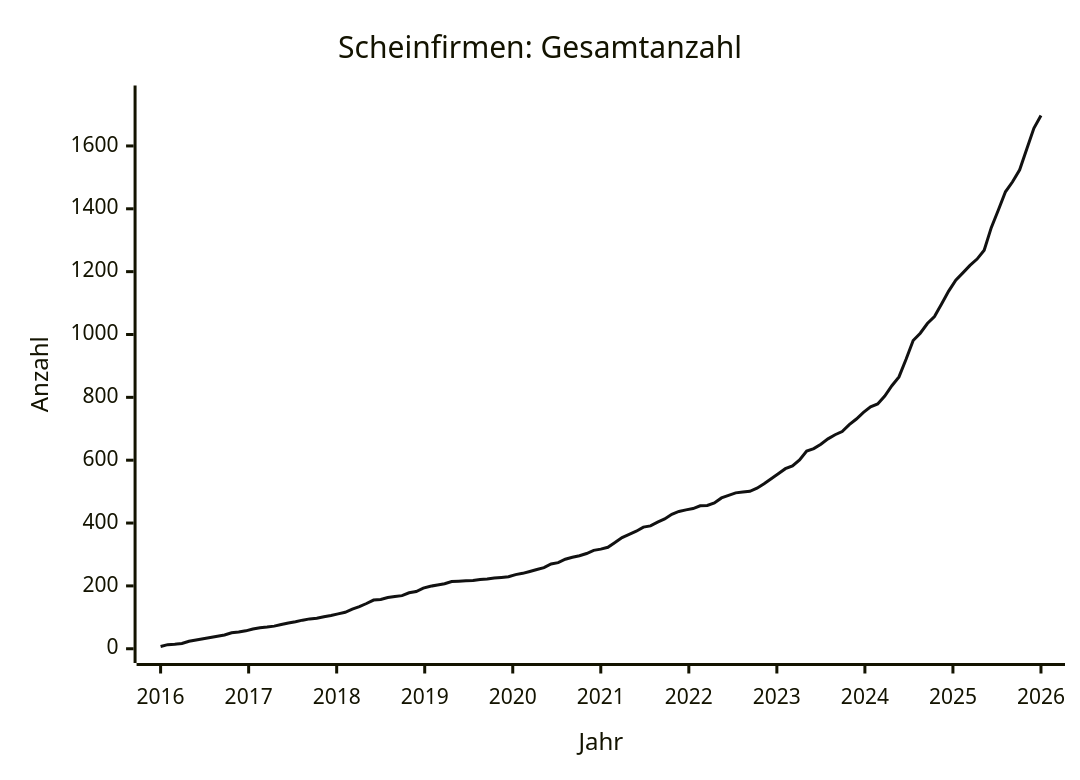
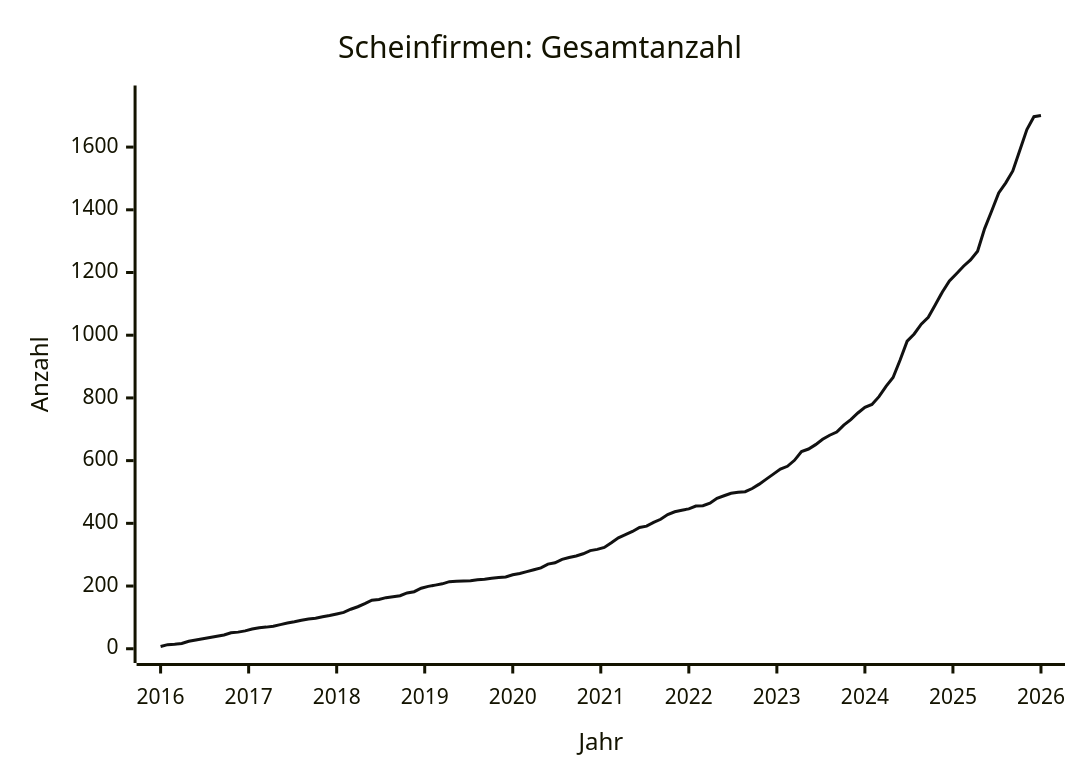
One commit to arjoma/scheinfirmen-at changed the diagram in data/STATS.md. Above: the diagram before and after it, drawn with Mermaid. The commit also changed other lines of this file and 3 other files, not shown here.

````diff
--- a/data/STATS.md
+++ b/data/STATS.md
@@ -9,13 +9,13 @@
 ```mermaid
 ---
 config:
   themeVariables:
     xyChart:
       plotColorPalette: "#111111"
 ---
 xychart-beta
     title "Scheinfirmen: Gesamtanzahl"
     x-axis "Jahr" 2016 --> 2026
-    y-axis "Anzahl" 0 --> 1747
-    line [7, 13, 14, 17, 24, 28, 32, 36, 40, 44, 51, 53, 57, 63, 67, 69, 72, 77, 82, 86, 91, 95, 97, 102, 106, 111, 116, 126, 134, 144, 155, 157, 163, 166, 169, 178, 182, 193, 199, 203, 207, 214, 215, 216, 217, 220, 222, 225, 227, 229, 236, 240, 246, 252, 258, 270, 274, 285, 291, 296, 303, 313, 317, 323, 338, 354, 364, 374, 387, 391, 403, 413, 428, 437, 442, 446, 455, 456, 464, 480, 488, 496, 499, 501, 511, 525, 541, 557, 573, 582, 601, 629, 637, 651, 668, 681, 691, 713, 731, 752, 770, 779, 804, 837, 865, 921, 981, 1004, 1035, 1057, 1097, 1138, 1173, 1196, 1220, 1240, 1268, 1340, 1396, 1454, 1486, 1524, 1590, 1656, 1697]
+    y-axis "Anzahl" 0 --> 1751
+    line [7, 13, 14, 17, 24, 28, 32, 36, 40, 44, 51, 53, 57, 63, 67, 69, 72, 77, 82, 86, 91, 95, 97, 102, 106, 111, 116, 126, 134, 144, 155, 157, 163, 166, 169, 178, 182, 193, 199, 203, 207, 214, 215, 216, 217, 220, 222, 225, 227, 229, 236, 240, 246, 252, 258, 270, 274, 285, 291, 296, 303, 313, 317, 323, 338, 354, 364, 374, 387, 391, 403, 413, 428, 437, 442, 446, 455, 456, 464, 480, 488, 496, 499, 501, 511, 525, 541, 557, 573, 582, 601, 629, 637, 651, 668, 681, 691, 713, 731, 752, 770, 779, 804, 837, 865, 921, 981, 1004, 1035, 1057, 1097, 1138, 1173, 1196, 1220, 1240, 1268, 1340, 1396, 1454, 1486, 1524, 1590, 1656, 1697, 1701]
 ```
````
